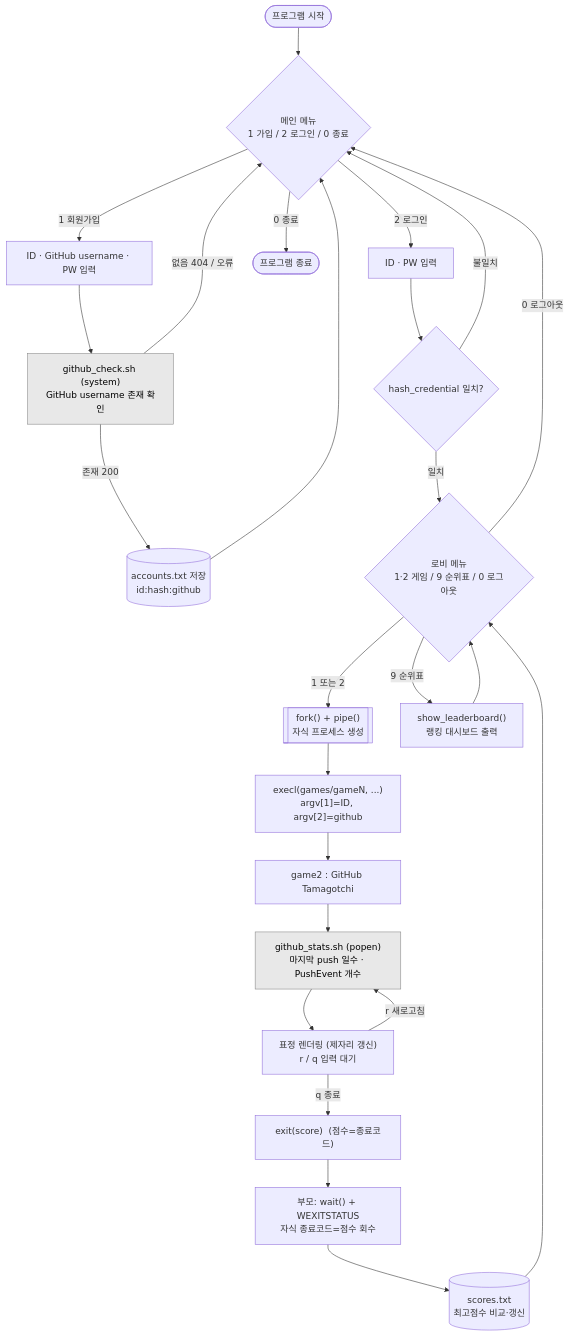
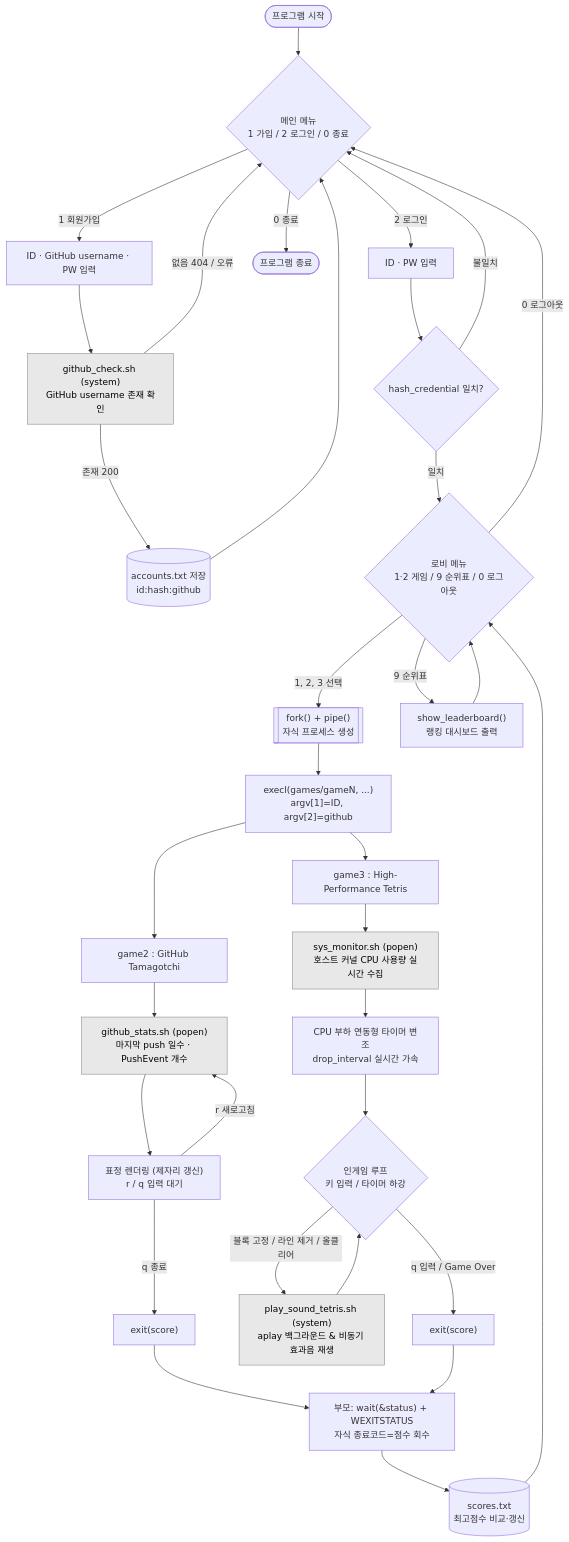
The diagram in README.md (yechan03/InhaSystemProgramingPBL), drawn with Mermaid before and after one commit. The commit also changed other lines of this file, not shown here.

First line of the commit message:
Revise README with new game and script details

````diff
--- a/README.md
+++ b/README.md
@@ -53,41 +67,56 @@
 ```mermaid
 flowchart TD
     Start([프로그램 시작]) --> Menu{"메인 메뉴<br/>1 가입 / 2 로그인 / 0 종료"}
 
     %% ---- 회원가입 ----
     Menu -->|1 회원가입| Reg["ID · GitHub username · PW 입력"]
     Reg --> GHChk["github_check.sh (system)<br/>GitHub username 존재 확인"]
     GHChk -->|존재 200| SaveAcc[("accounts.txt 저장<br/>id:hash:github")]
     GHChk -->|없음 404 / 오류| Menu
     SaveAcc --> Menu
 
     %% ---- 로그인 ----
     Menu -->|2 로그인| Login["ID · PW 입력"]
     Login --> Verify{"hash_credential 일치?"}
     Verify -->|불일치| Menu
     Verify -->|일치| Lobby{"로비 메뉴<br/>1·2 게임 / 9 순위표 / 0 로그아웃"}
 
     Menu -->|0 종료| End([프로그램 종료])
 
-    %% ---- 게임 실행 ----
-    Lobby -->|1 또는 2| Fork[["fork() + pipe()<br/>자식 프로세스 생성"]]
+    %% ---- 게임 실행 공통 ----
+    Lobby -->|1, 2, 3 선택| Fork[["fork() + pipe()<br/>자식 프로세스 생성"]]
     Fork --> Exec["execl(games/gameN, ...)<br/>argv[1]=ID, argv[2]=github"]
+
+    %% ---- Game 2 분기 ----
     Exec --> G2["game2 : GitHub Tamagotchi"]
-
     G2 --> Stats["github_stats.sh (popen)<br/>마지막 push 일수 · PushEvent 개수"]
     Stats --> Face["표정 렌더링 (제자리 갱신)<br/>r / q 입력 대기"]
     Face -->|r 새로고침| Stats
-    Face -->|q 종료| ExitScore["exit(score)  (점수=종료코드)"]
-    ExitScore --> Wait["부모: wait() + WEXITSTATUS<br/>자식 종료코드=점수 회수"]
+    Face -->|q 종료| ExitScore["exit(score)"]
+
+    %% ---- Game 3 분기 (테트리스 시스템 연동) ----
+    Exec --> G3["game3 : High-Performance Tetris"]
+    G3 --> SysMon["sys_monitor.sh (popen)<br/>호스트 커널 CPU 사용량 실시간 수집"]
+    SysMon --> SpeedMod["CPU 부하 연동형 타이머 변조<br/>drop_interval 실시간 가속"]
+    SpeedMod --> GameLoop{"인게임 루프<br/>키 입력 / 타이머 하강"}
+    
+    GameLoop -->|블록 고정 / 라인 제거 / 올클리어| SndScript["play_sound_tetris.sh (system)<br/>aplay 백그라운드 & 비동기 효과음 재생"]
+    SndScript --> GameLoop
+    
+    GameLoop -->|q 입력 / Game Over| ExitScore3["exit(score)"]
+
+    %% ---- 자식 종료 및 결산 공통 ----
+    ExitScore --> Wait["부모: wait(&status) + WEXITSTATUS<br/>자식 종료코드=점수 회수"]
+    ExitScore3 --> Wait
     Wait --> SaveScore[("scores.txt<br/>최고점수 비교·갱신")]
     SaveScore --> Lobby
 
     %% ---- 순위표 / 로그아웃 ----
     Lobby -->|9 순위표| Board["show_leaderboard()<br/>랭킹 대시보드 출력"]
     Board --> Lobby
     Lobby -->|0 로그아웃| Menu
 
     %% ---- 외부 스크립트 노드 강조 ----
     classDef sh fill:#e8e8e8,stroke:#888,color:#000;
-    class GHChk,Stats sh;
+    class GHChk,Stats,SysMon,SndScript sh;
 ```
````
